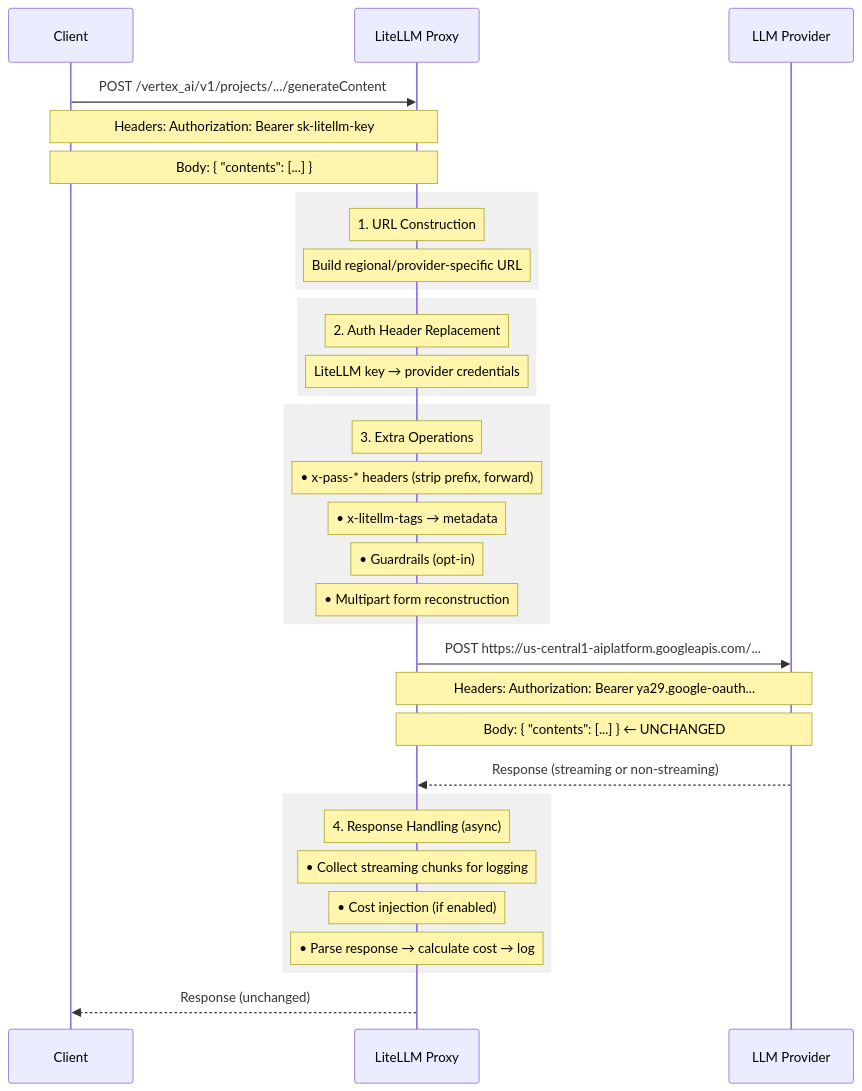
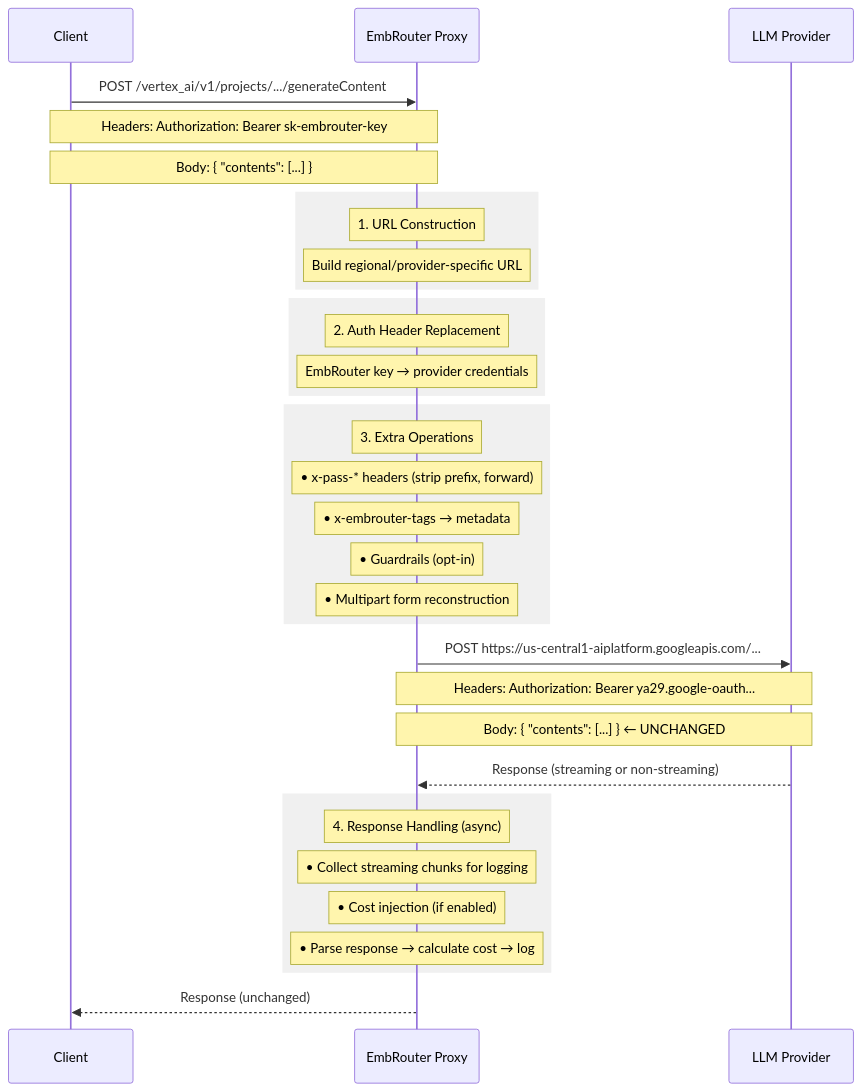
The diagram in embrouter/proxy/pass_through_endpoints/architecture.md (Issue-03/llm-passage), drawn with Mermaid before and after one commit. The commit also changed other lines of this file and 5078 other files, not shown here.

First line of the commit message:
Phase 3 step 4: rename litellm to embrouter in file contents

````diff
--- a/embrouter/proxy/pass_through_endpoints/architecture.md
+++ b/embrouter/proxy/pass_through_endpoints/architecture.md
@@ -7,43 +7,43 @@
 ```mermaid
 sequenceDiagram
     participant Client
-    participant Proxy as LiteLLM Proxy
+    participant Proxy as EmbRouter Proxy
     participant Provider as LLM Provider
 
     Client->>Proxy: POST /vertex_ai/v1/projects/.../generateContent
-    Note over Client,Proxy: Headers: Authorization: Bearer sk-litellm-key
+    Note over Client,Proxy: Headers: Authorization: Bearer sk-embrouter-key
     Note over Client,Proxy: Body: { "contents": [...] }
     
     rect rgb(240, 240, 240)
         Note over Proxy: 1. URL Construction
         Note over Proxy: Build regional/provider-specific URL
     end
     
     rect rgb(240, 240, 240)
         Note over Proxy: 2. Auth Header Replacement
-        Note over Proxy: LiteLLM key → provider credentials
+        Note over Proxy: EmbRouter key → provider credentials
     end
 
     rect rgb(240, 240, 240)
         Note over Proxy: 3. Extra Operations
         Note over Proxy: • x-pass-* headers (strip prefix, forward)
-        Note over Proxy: • x-litellm-tags → metadata
+        Note over Proxy: • x-embrouter-tags → metadata
         Note over Proxy: • Guardrails (opt-in)
         Note over Proxy: • Multipart form reconstruction
     end
     
     Proxy->>Provider: POST https://us-central1-aiplatform.googleapis.com/...
     Note over Proxy,Provider: Headers: Authorization: Bearer ya29.google-oauth...
     Note over Proxy,Provider: Body: { "contents": [...] } ← UNCHANGED
     
     Provider-->>Proxy: Response (streaming or non-streaming)
 
     rect rgb(240, 240, 240)
         Note over Proxy: 4. Response Handling (async)
         Note over Proxy: • Collect streaming chunks for logging
         Note over Proxy: • Cost injection (if enabled)
         Note over Proxy: • Parse response → calculate cost → log
     end
     
     Proxy-->>Client: Response (unchanged)
 ```
````
